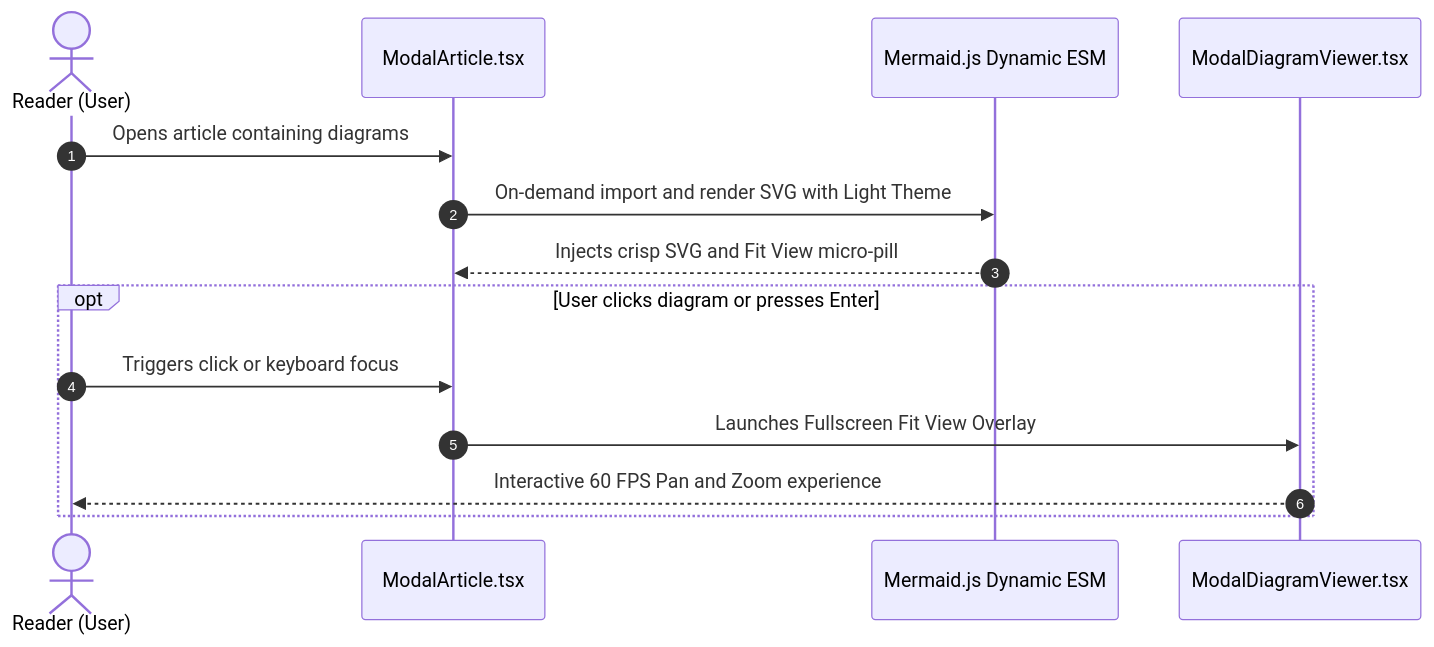
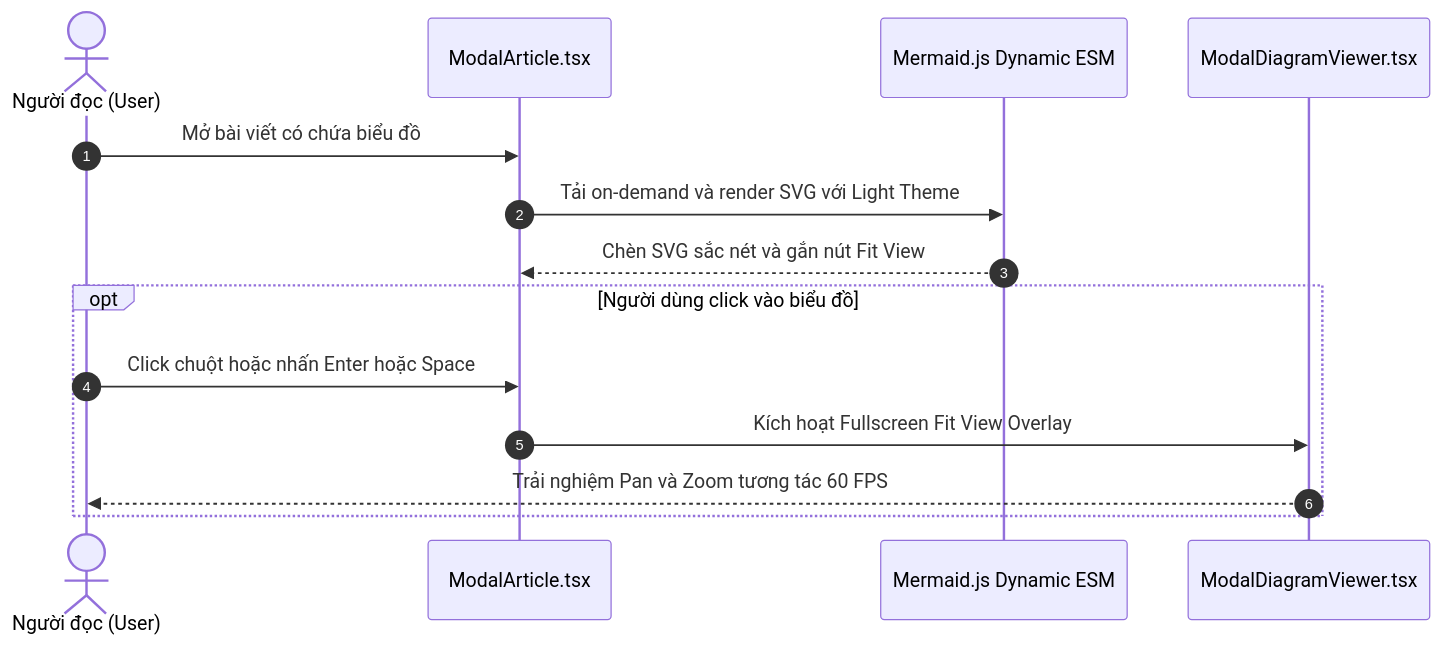
Before and after one commit to ga2631/ga2631.github.io: the diagram in src/data/blog/en/22-2026-09-10-optimizing-mermaid-frontend-ui-theme-viewport-responsive.md, drawn with Mermaid. The commit also changed other lines of this file and 230 other files, not shown here.

````diff
--- a/src/data/blog/en/22-2026-09-10-optimizing-mermaid-frontend-ui-theme-viewport-responsive.md
+++ b/src/data/blog/en/22-2026-09-10-optimizing-mermaid-frontend-ui-theme-viewport-responsive.md
@@ -52,17 +52,17 @@
 ```mermaid
 sequenceDiagram
     autonumber
-    actor Reader as Reader (User)
+    actor Reader as Người đọc (User)
     participant Article as ModalArticle.tsx
     participant MermaidEngine as Mermaid.js Dynamic ESM
     participant Viewer as ModalDiagramViewer.tsx
 
-    Reader->>Article: Opens article containing diagrams
-    Article->>MermaidEngine: On-demand import and render SVG with Light Theme
-    MermaidEngine-->>Article: Injects crisp SVG and Fit View micro-pill
-    opt User clicks diagram or presses Enter
-        Reader->>Article: Triggers click or keyboard focus
-        Article->>Viewer: Launches Fullscreen Fit View Overlay
-        Viewer-->>Reader: Interactive 60 FPS Pan and Zoom experience
+    Reader->>Article: Mở bài viết có chứa biểu đồ
+    Article->>MermaidEngine: Tải on-demand và render SVG với Light Theme
+    MermaidEngine-->>Article: Chèn SVG sắc nét và gắn nút Fit View
+    opt Người dùng click vào biểu đồ
+        Reader->>Article: Click chuột hoặc nhấn Enter hoặc Space
+        Article->>Viewer: Kích hoạt Fullscreen Fit View Overlay
+        Viewer-->>Reader: Trải nghiệm Pan và Zoom tương tác 60 FPS
     end
 ```
````
